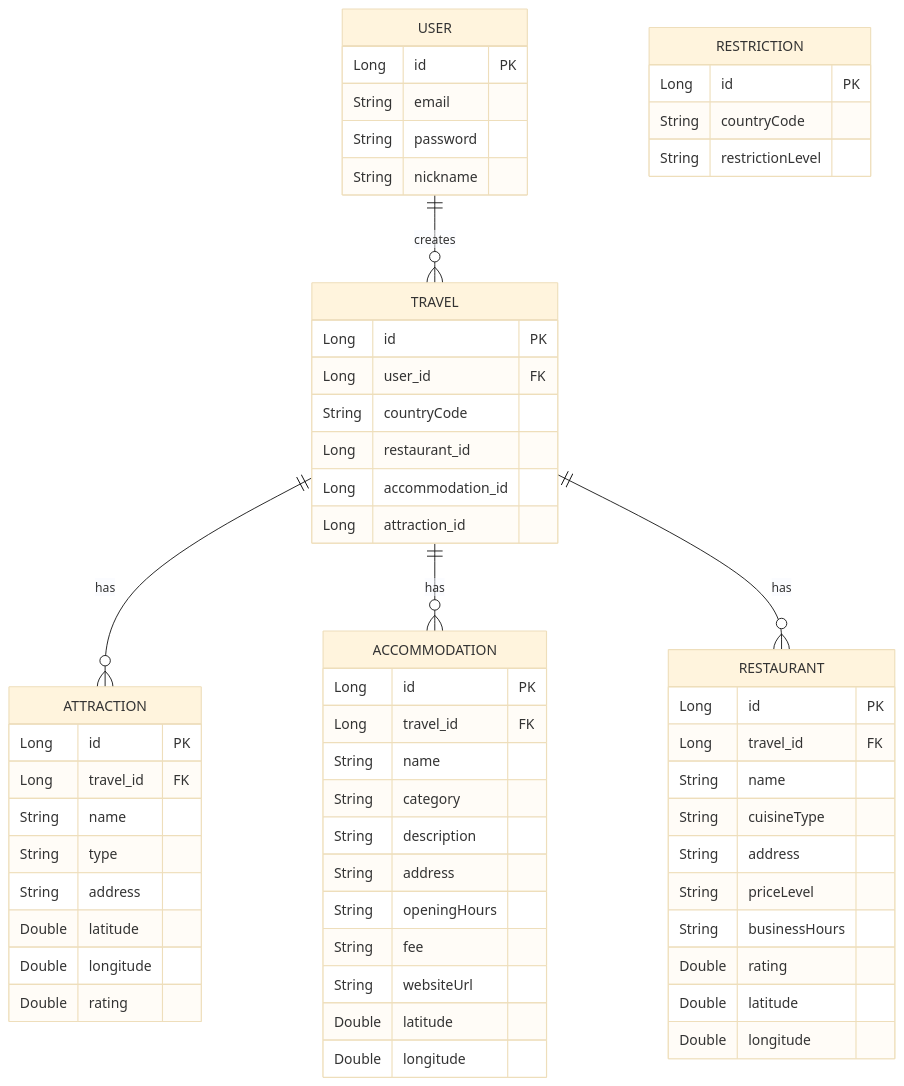
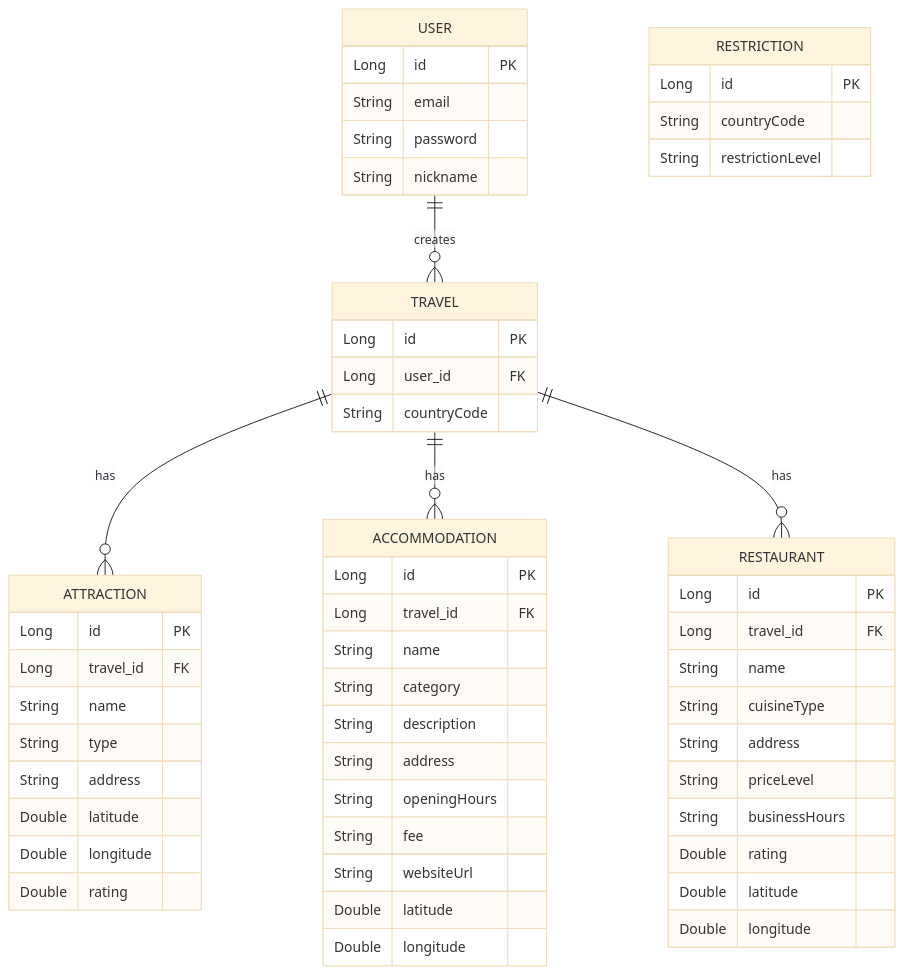
One commit to PPKK-Project/Tlan changed the third of 3 diagrams in 기록/회의기록.md. Above: the diagram before and after it, drawn with Mermaid (base theme). The commit also changed other lines of this file and 1 other file, not shown here.

````diff
--- a/기록/회의기록.md
+++ b/기록/회의기록.md
@@ -316,67 +316,64 @@
 ```mermaid
 erDiagram
     USER {
         Long id PK
         String email
         String password
         String nickname
     }
 
     TRAVEL {
         Long id PK
         Long user_id FK
         String countryCode
-        Long restaurant_id
-        Long accommodation_id
-        Long attraction_id
     }
 
     ATTRACTION {
         Long id PK
         Long travel_id FK
         String name
         String type
         String address
         Double latitude
         Double longitude
         Double rating
     }
 
     ACCOMMODATION {
         Long id PK
         Long travel_id FK
         String name
         String category
         String description
         String address
         String openingHours
         String fee
         String websiteUrl
         Double latitude
         Double longitude
     }
 
     RESTAURANT {
         Long id PK
         Long travel_id FK
         String name
         String cuisineType
         String address
         String priceLevel
         String businessHours
         Double rating
         Double latitude
         Double longitude
     }
 
     RESTRICTION {
         Long id PK
         String countryCode
         String restrictionLevel
     }
 
     USER ||--o{ TRAVEL : "creates"
     TRAVEL ||--o{ ATTRACTION : "has"
     TRAVEL ||--o{ ACCOMMODATION : "has"
     TRAVEL ||--o{ RESTAURANT : "has"
 ```
````
